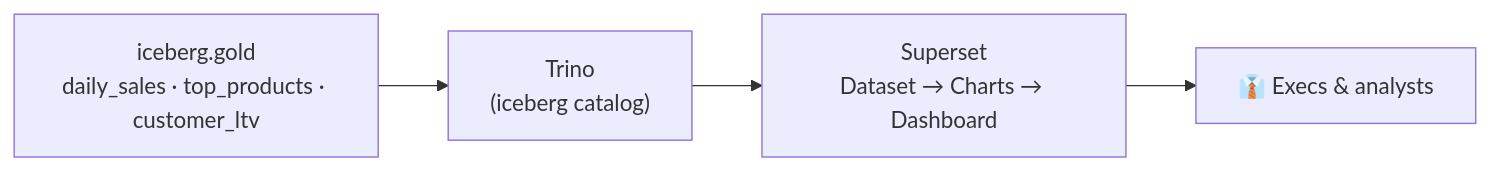
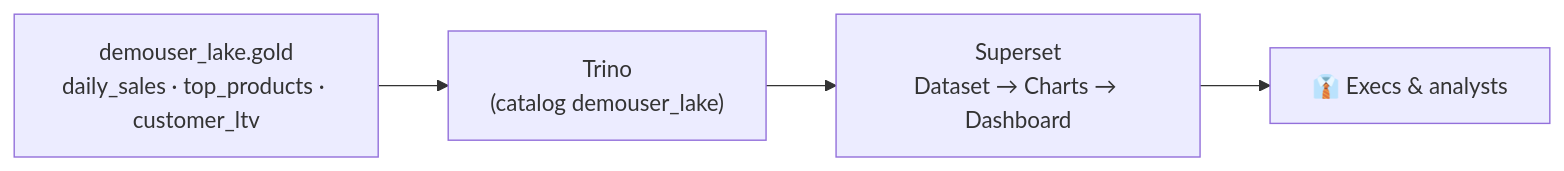
Before and after one commit to maarthala/databrick-local-simulator: the diagram in training/docs/unit7/dashboards.md, drawn with Mermaid. The commit also changed other lines of this file, not shown here.

First line of the commit message:
Unit 7 (Superset) charts the learner's own Gold (demouser_lake) — lab-account sign-in, catalog pick

````diff
--- a/training/docs/unit7/dashboards.md
+++ b/training/docs/unit7/dashboards.md
@@ -36,6 +36,6 @@
 ```mermaid
 flowchart LR
-  G["iceberg.gold<br/>daily_sales · top_products · customer_ltv"] --> T["Trino<br/>(iceberg catalog)"]
+  G["demouser_lake.gold<br/>daily_sales · top_products · customer_ltv"] --> T["Trino<br/>(catalog demouser_lake)"]
   T --> SU["Superset<br/>Dataset → Charts → Dashboard"]
   SU --> EXEC["👔 Execs & analysts"]
 ```
````
